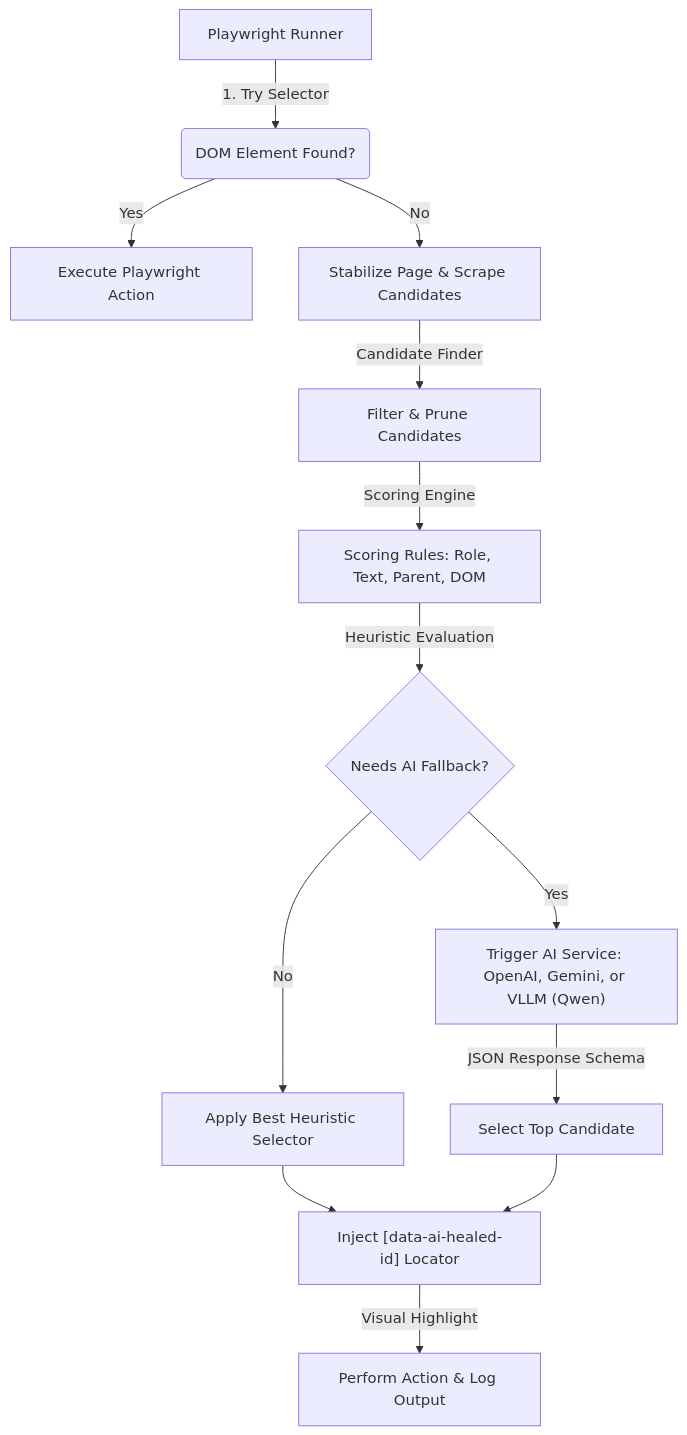
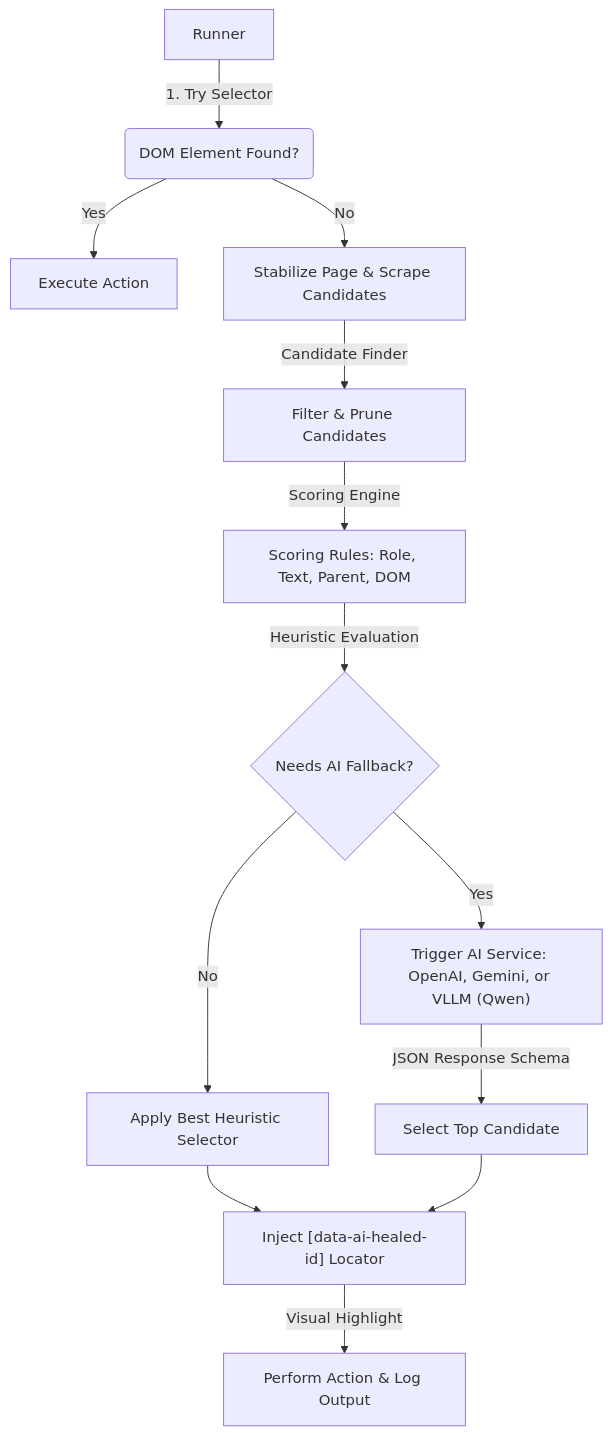
Before and after one commit to shambhoo-narwaria/reLOCATE.AI-Intelligent-Element-Recovery-Engine: the diagram in README.md, drawn with Mermaid. The commit also changed other lines of this file and 5 other files, not shown here.

````diff
--- a/README.md
+++ b/README.md
@@ -25,15 +25,15 @@
 ```mermaid
 graph TD
-    A[Playwright Runner] -->|1. Try Selector| B(DOM Element Found?)
-    B -->|Yes| C[Execute Playwright Action]
+    A[Runner] -->|1. Try Selector| B(DOM Element Found?)
+    B -->|Yes| C[Execute Action]
     B -->|No| D[Stabilize Page & Scrape Candidates]
     D -->|Candidate Finder| E[Filter & Prune Candidates]
     E -->|Scoring Engine| F[Scoring Rules: Role, Text, Parent, DOM]
     F -->|Heuristic Evaluation| G{Needs AI Fallback?}
     G -->|No| H[Apply Best Heuristic Selector]
     G -->|Yes| I["Trigger AI Service: OpenAI, Gemini, or VLLM (Qwen)"]
     I -->|JSON Response Schema| J[Select Top Candidate]
     H --> K["Inject [data-ai-healed-id] Locator"]
     J --> K
     K -->|Visual Highlight| L[Perform Action & Log Output]
 ```
````
